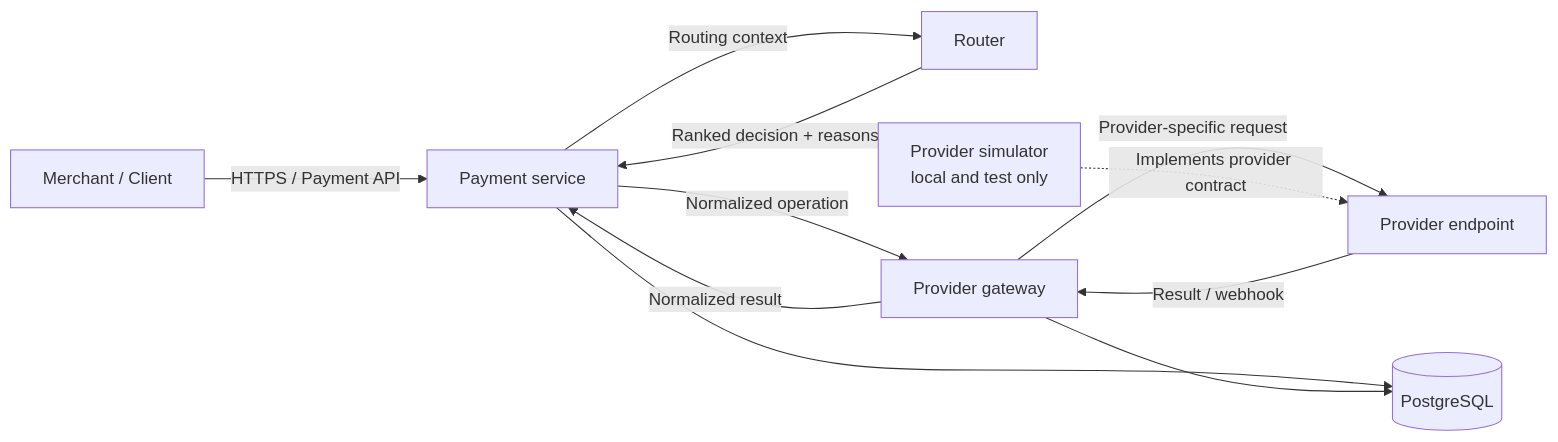
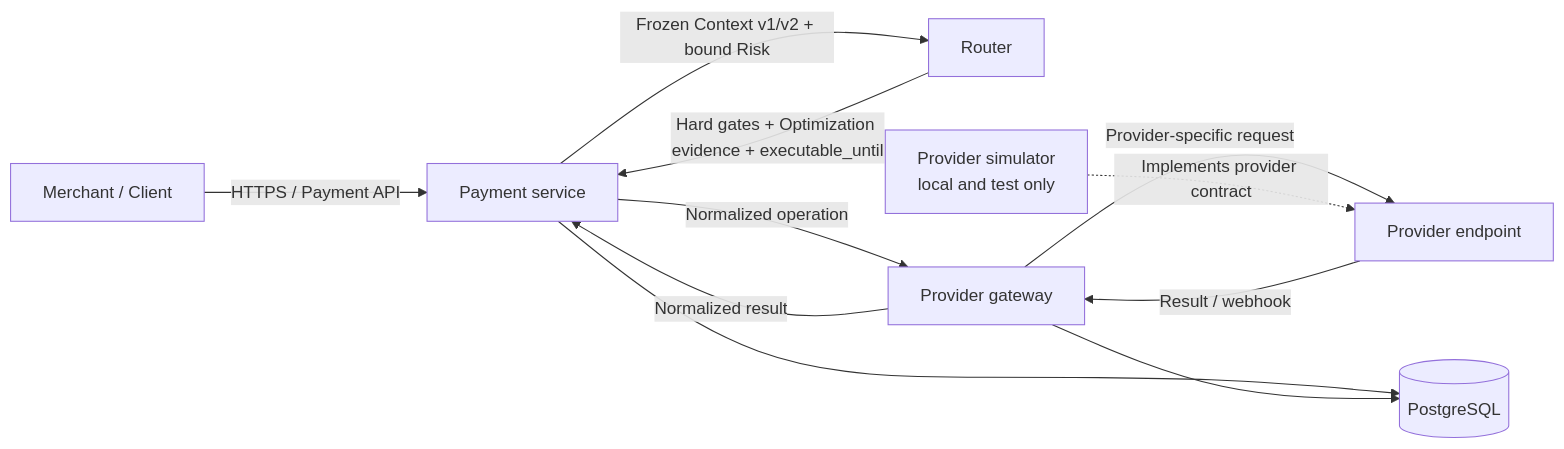
One commit to YouEclipse/payments changed the first of 2 diagrams in docs/architecture.md. Above: the diagram before and after it, drawn with Mermaid. The commit also changed other lines of this file and 121 other files, not shown here.

Commit message:
Implement v3 routing and evidence-safe recovery

````diff
--- a/docs/architecture.md
+++ b/docs/architecture.md
@@ -11,14 +11,14 @@
 ```mermaid
 flowchart LR
     Client["Merchant / Client"] -->|"HTTPS / Payment API"| Payment["Payment service"]
-    Payment -->|"Routing context"| Router["Router"]
-    Router -->|"Ranked decision + reasons"| Payment
+    Payment -->|"Frozen Context v1/v2 + bound Risk"| Router["Router"]
+    Router -->|"Hard gates + Optimization evidence + executable_until"| Payment
     Payment -->|"Normalized operation"| Gateway["Provider gateway"]
     Gateway -->|"Provider-specific request"| Provider["Provider endpoint"]
     Provider -->|"Result / webhook"| Gateway
     Gateway -->|"Normalized result"| Payment
     Payment --> DB[("PostgreSQL")]
     Gateway --> DB
 
     Simulator["Provider simulator\nlocal and test only"] -.->|"Implements provider contract"| Provider
 ```
````
